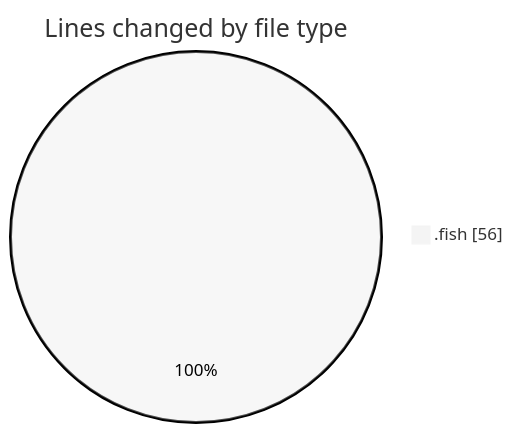
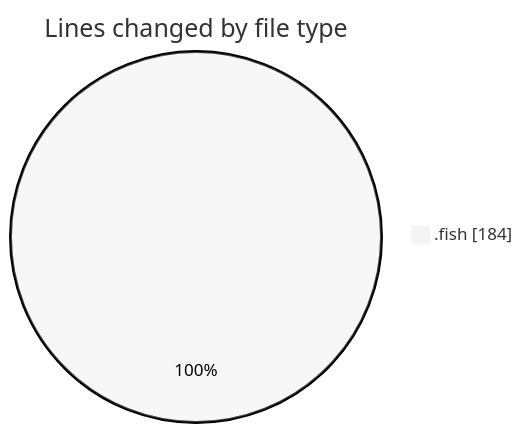
The first of 2 diagrams in 2025-08-03/fish/README.md (EIIisD/code-tracking), drawn with Mermaid (neutral theme) before and after one commit. The commit also changed other lines of this file and 1 other file, not shown here.

````diff
--- a/2025-08-03/fish/README.md
+++ b/2025-08-03/fish/README.md
@@ -21,5 +22,5 @@
 ```mermaid
 pie showData
 title Lines changed by file type
-".fish" : 56
+".fish" : 184
 ```
````
